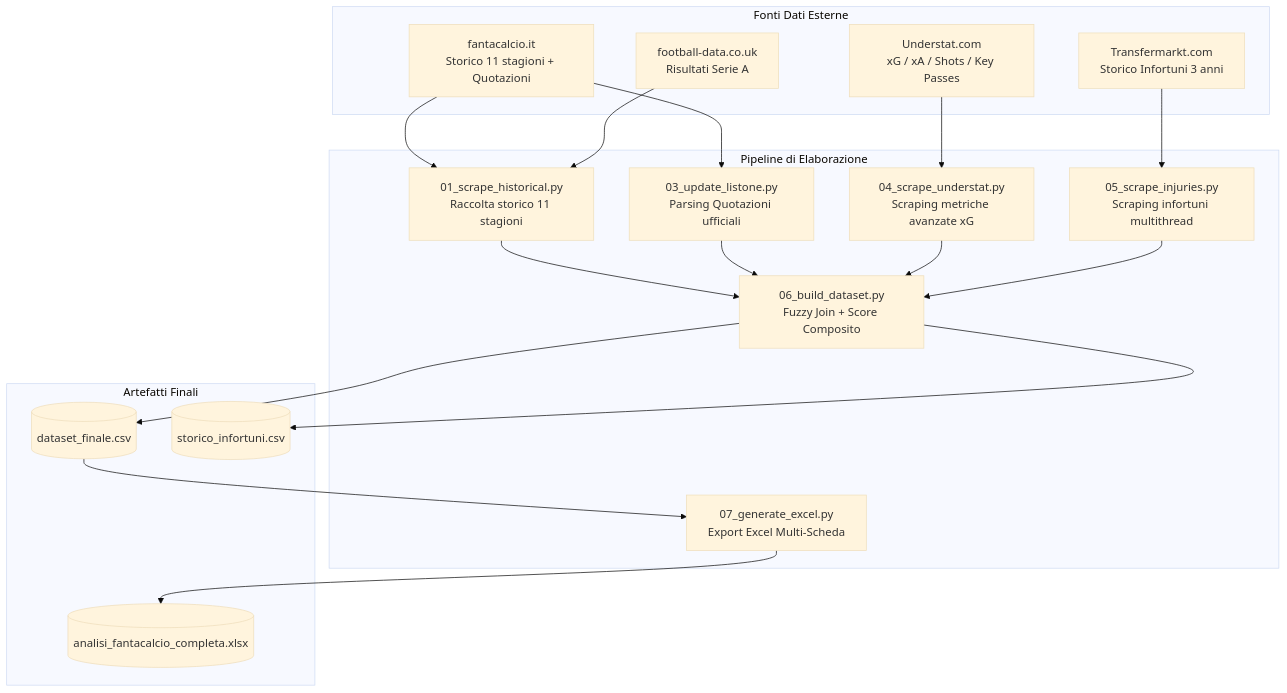
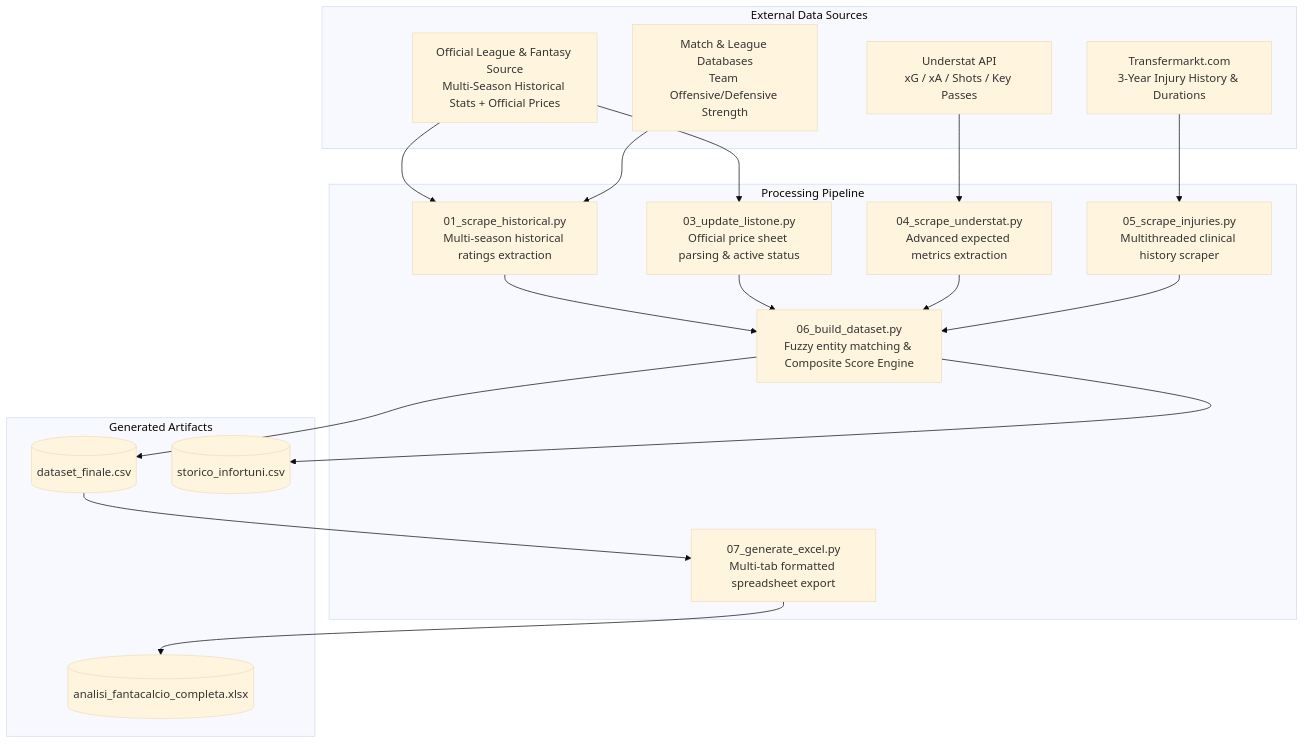
The diagram in docs/pipeline_architecture.md (spectrelabo/fanta-lab), drawn with Mermaid (base theme) before and after one commit. The commit also changed other lines of this file and 3 other files, not shown here.

````diff
--- a/docs/pipeline_architecture.md
+++ b/docs/pipeline_architecture.md
@@ -9,40 +9,40 @@
 ```mermaid
 flowchart TD
-    subgraph Sources [Fonti Dati Esterne]
-        FC["fantacalcio.it<br/>Storico 11 stagioni + Quotazioni"]
-        US["Understat.com<br/>xG / xA / Shots / Key Passes"]
-        TM["Transfermarkt.com<br/>Storico Infortuni 3 anni"]
-        FD["football-data.co.uk<br/>Risultati Serie A"]
+    subgraph Sources [External Data Sources]
+        FC["Official League & Fantasy Source<br/>Multi-Season Historical Stats + Official Prices"]
+        US["Understat API<br/>xG / xA / Shots / Key Passes"]
+        TM["Transfermarkt.com<br/>3-Year Injury History & Durations"]
+        FD["Match & League Databases<br/>Team Offensive/Defensive Strength"]
     end
 
-    subgraph Pipeline [Pipeline di Elaborazione]
-        S1["01_scrape_historical.py<br/>Raccolta storico 11 stagioni"]
-        S3["03_update_listone.py<br/>Parsing Quotazioni ufficiali"]
-        S4["04_scrape_understat.py<br/>Scraping metriche avanzate xG"]
-        S5["05_scrape_injuries.py<br/>Scraping infortuni multithread"]
-        S6["06_build_dataset.py<br/>Fuzzy Join + Score Composito"]
-        S7["07_generate_excel.py<br/>Export Excel Multi-Scheda"]
+    subgraph Pipeline [Processing Pipeline]
+        S1["01_scrape_historical.py<br/>Multi-season historical ratings extraction"]
+        S3["03_update_listone.py<br/>Official price sheet parsing & active status"]
+        S4["04_scrape_understat.py<br/>Advanced expected metrics extraction"]
+        S5["05_scrape_injuries.py<br/>Multithreaded clinical history scraper"]
+        S6["06_build_dataset.py<br/>Fuzzy entity matching & Composite Score Engine"]
+        S7["07_generate_excel.py<br/>Multi-tab formatted spreadsheet export"]
     end
 
-    subgraph Outputs [Artefatti Finali]
+    subgraph Outputs [Generated Artifacts]
         CSV[("dataset_finale.csv")]
         XLSX[("analisi_fantacalcio_completa.xlsx")]
         INJ[("storico_infortuni.csv")]
     end
 
     FC --> S1
     FC --> S3
     FD --> S1
     US --> S4
     TM --> S5
 
     S1 --> S6
     S3 --> S6
     S4 --> S6
     S5 --> S6
 
     S6 --> CSV
     S6 --> INJ
     CSV --> S7
     S7 --> XLSX
 ```
````
